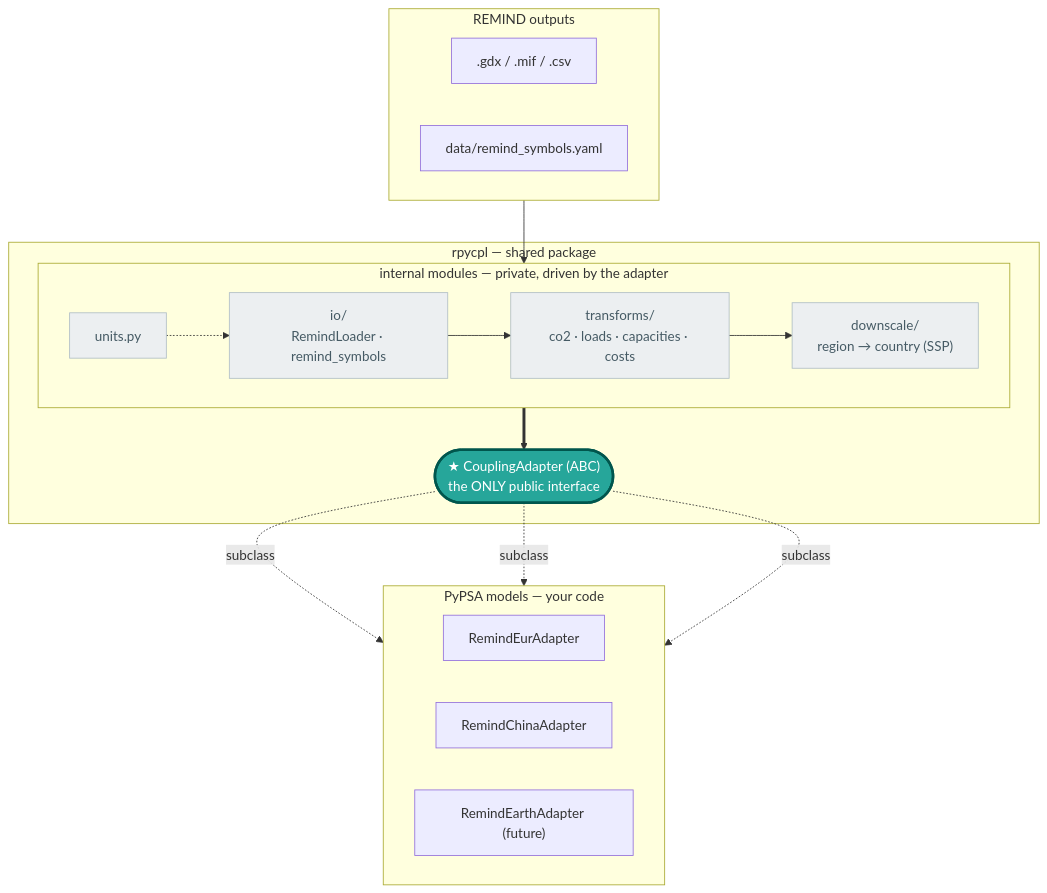
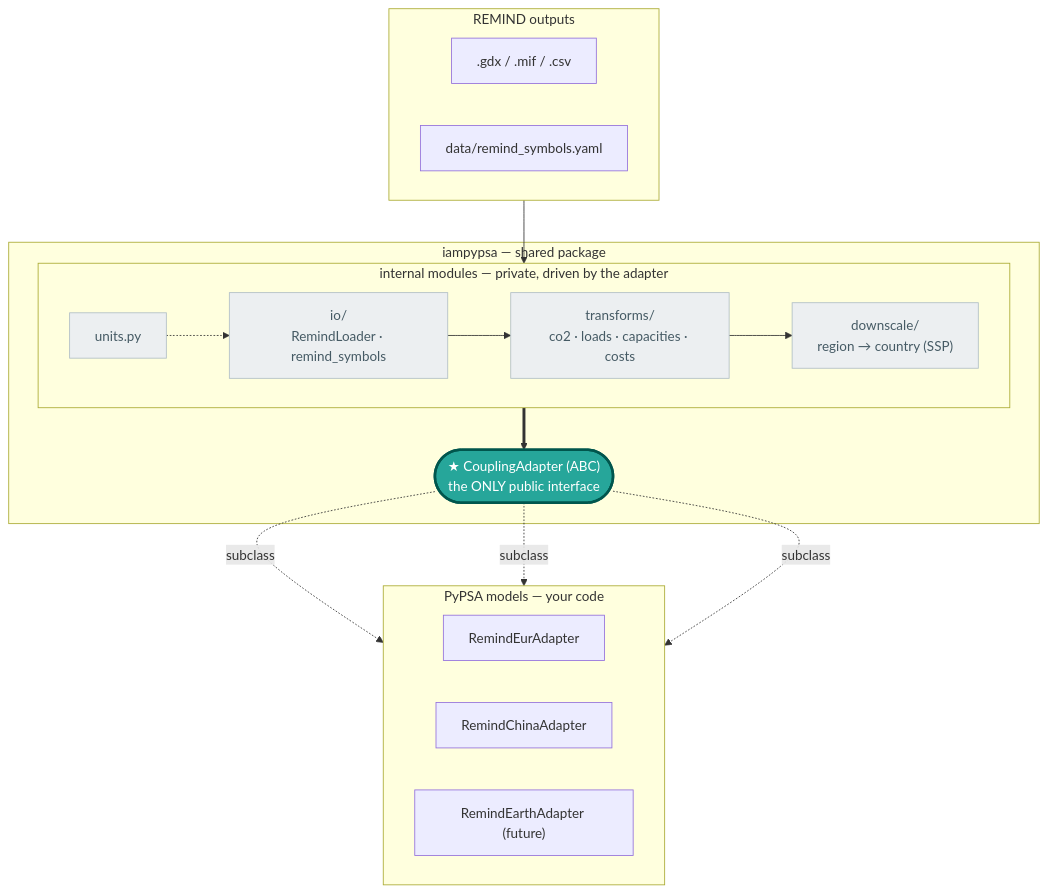
One commit to pik-piam/Remind-PyPSA-coupling changed the diagram in docs/architecture.md. Above: the diagram before and after it, drawn with Mermaid. The commit also changed other lines of this file and 70 other files, not shown here.

Commit message:
Package rename (rpycpl -> iampypsa), REMIND -> IAM docstring/comments changes, remove hard-coded column names from mapping.py

````diff
--- a/docs/architecture.md
+++ b/docs/architecture.md
@@ -30,35 +30,35 @@
 ```mermaid
 flowchart TB
     subgraph inputs["REMIND outputs"]
         direction LR
         src[".gdx / .mif / .csv"]
         cfg["data/remind_symbols.yaml"]
     end
 
-    subgraph pkg["rpycpl — shared package"]
+    subgraph pkg["iampypsa — shared package"]
         subgraph internal["internal modules — private, driven by the adapter"]
             direction LR
             io["io/<br/>RemindLoader · remind_symbols"] --> tf["transforms/<br/>co2 · loads · capacities · costs"] --> ds["downscale/<br/>region → country (SSP)"]
             units["units.py"] -.-> io
         end
         adp(["★ CouplingAdapter (ABC)<br/>the ONLY public interface"])
         internal ==> adp
     end
 
     subgraph models["PyPSA models — your code"]
         direction LR
         eur["RemindEurAdapter"]
         chn["RemindChinaAdapter"]
         ert["RemindEarthAdapter (future)"]
     end
 
     inputs --> internal
     adp -.->|subclass| eur
     adp -.->|subclass| chn
     adp -.->|subclass| ert
 
     classDef public fill:#26a69a,stroke:#00564d,color:#ffffff,stroke-width:3px;
     classDef priv fill:#eceff1,stroke:#b0bec5,color:#455a64;
     class adp public
     class io,tf,ds,units priv
 ```
````
